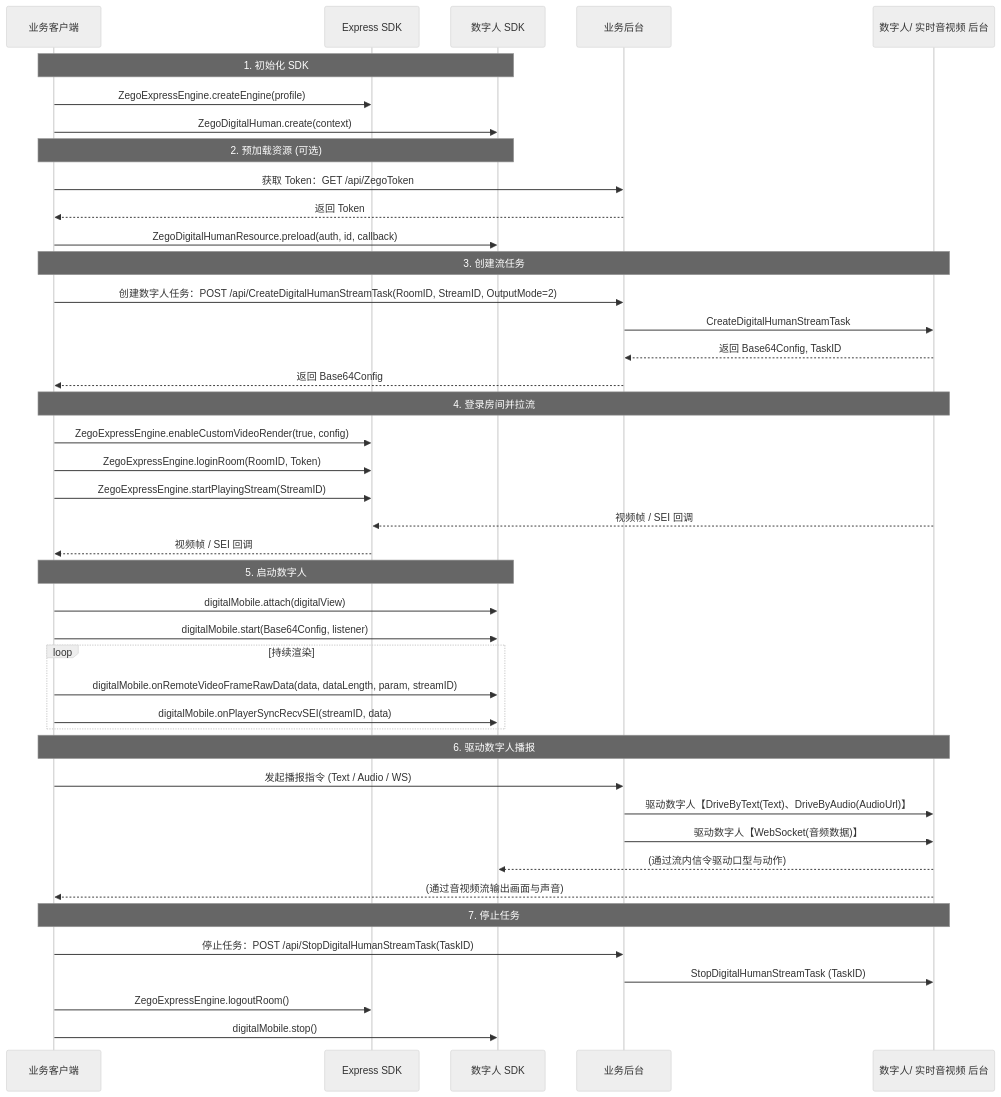
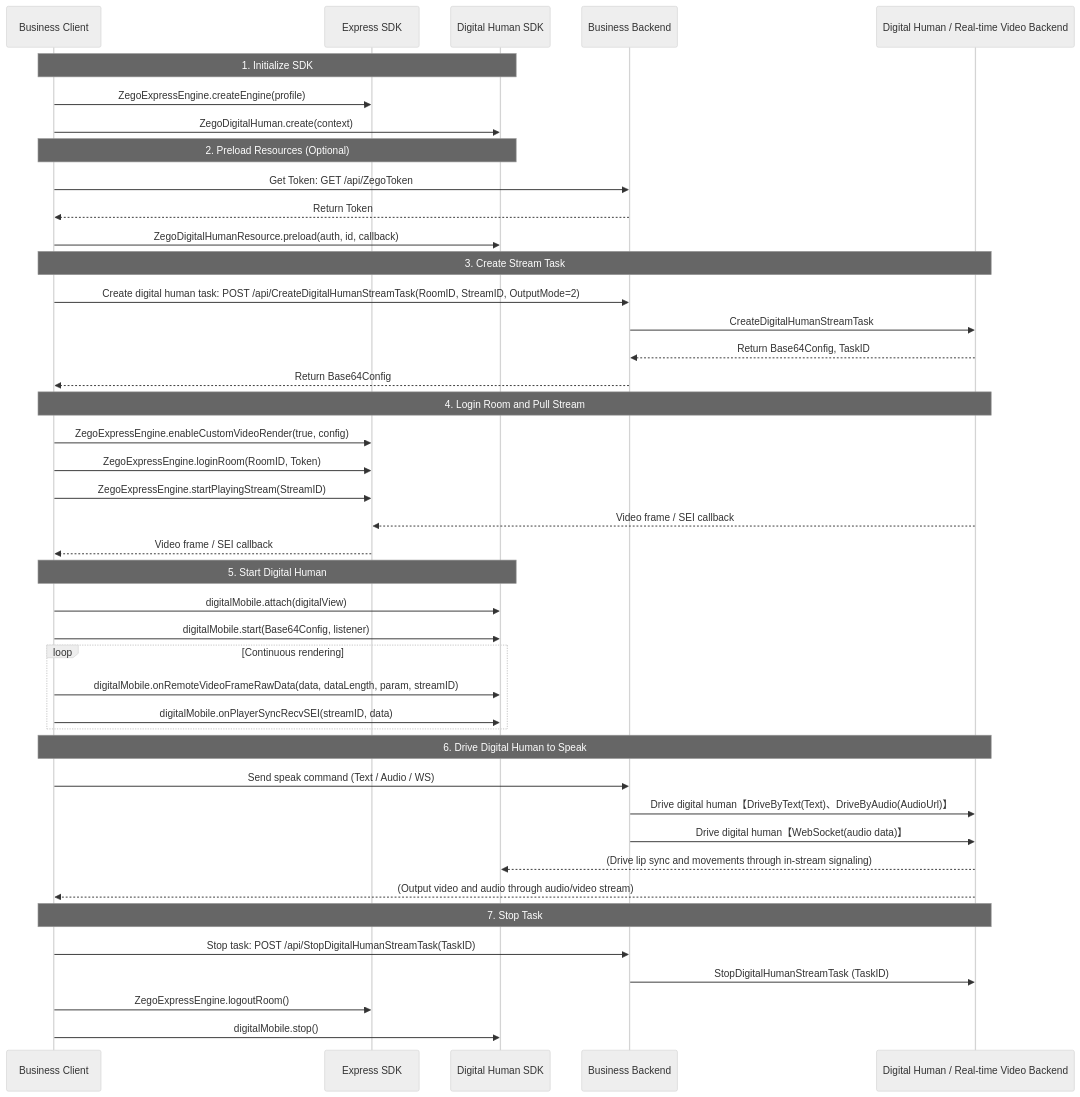
One commit to ZEGOCLOUD/docs_all changed the first of 3 diagrams in core_products/digital-human/en/android/quick-start.mdx. Above: the diagram before and after it, drawn with Mermaid (neutral theme). The commit also changed other lines of this file and 65 other files, not shown here.

First line of the commit message:
DigitalHuman: Translate Chinese docs to English

````diff
--- a/core_products/digital-human/en/android/quick-start.mdx
+++ b/core_products/digital-human/en/android/quick-start.mdx
@@ -89,51 +89,51 @@
 ```mermaid
 sequenceDiagram
-    participant Client as 业务客户端
+    participant Client as Business Client
     participant Express as Express SDK
-    participant DH_SDK as 数字人 SDK
-    participant Server as 业务后台
-    participant PaaS as 数字人/ 实时音视频 后台
+    participant DH_SDK as Digital Human SDK
+    participant Server as Business Backend
+    participant PaaS as Digital Human / Real-time Video Backend
 
-    Note over Client, DH_SDK: 1. 初始化 SDK
+    Note over Client, DH_SDK: 1. Initialize SDK
     Client->>Express: ZegoExpressEngine.createEngine(profile)
     Client->>DH_SDK: ZegoDigitalHuman.create(context)
 
-    Note over Client, DH_SDK: 2. 预加载资源 (可选)
-    Client->>Server: 获取 Token：GET /api/ZegoToken
-    Server-->>Client: 返回 Token
+    Note over Client, DH_SDK: 2. Preload Resources (Optional)
+    Client->>Server: Get Token: GET /api/ZegoToken
+    Server-->>Client: Return Token
     Client->>DH_SDK: ZegoDigitalHumanResource.preload(auth, id, callback)
 
-    Note over Client, PaaS: 3. 创建流任务
-    Client->>Server: 创建数字人任务：POST /api/CreateDigitalHumanStreamTask(RoomID, StreamID, OutputMode=2)
+    Note over Client, PaaS: 3. Create Stream Task
+    Client->>Server: Create digital human task: POST /api/CreateDigitalHumanStreamTask(RoomID, StreamID, OutputMode=2)
     Server->>PaaS: CreateDigitalHumanStreamTask
-    PaaS-->>Server: 返回 Base64Config, TaskID
-    Server-->>Client: 返回 Base64Config
+    PaaS-->>Server: Return Base64Config, TaskID
+    Server-->>Client: Return Base64Config
 
-    Note over Client, PaaS: 4. 登录房间并拉流
+    Note over Client, PaaS: 4. Login Room and Pull Stream
     Client->>Express: ZegoExpressEngine.enableCustomVideoRender(true, config)
     Client->>Express: ZegoExpressEngine.loginRoom(RoomID, Token)
     Client->>Express: ZegoExpressEngine.startPlayingStream(StreamID)
-    PaaS-->>Express: 视频帧 / SEI 回调
-    Express-->>Client: 视频帧 / SEI 回调
+    PaaS-->>Express: Video frame / SEI callback
+    Express-->>Client: Video frame / SEI callback
 
-    Note over Client, DH_SDK: 5. 启动数字人
+    Note over Client, DH_SDK: 5. Start Digital Human
     Client->>DH_SDK: digitalMobile.attach(digitalView)
     Client->>DH_SDK: digitalMobile.start(Base64Config, listener)
-    loop 持续渲染
+    loop Continuous rendering
         Client->>DH_SDK: digitalMobile.onRemoteVideoFrameRawData(data, dataLength, param, streamID)
         Client->>DH_SDK: digitalMobile.onPlayerSyncRecvSEI(streamID, data)
     end
 
-    Note over Client, PaaS: 6. 驱动数字人播报
-    Client->>Server: 发起播报指令 (Text / Audio / WS)
-    Server->>PaaS: 驱动数字人【DriveByText(Text)、DriveByAudio(AudioUrl)】
-    Server->>PaaS: 驱动数字人【WebSocket(音频数据)】
-    PaaS-->>DH_SDK: (通过流内信令驱动口型与动作)
-    PaaS-->>Client: (通过音视频流输出画面与声音)
+    Note over Client, PaaS: 6. Drive Digital Human to Speak
+    Client->>Server: Send speak command (Text / Audio / WS)
+    Server->>PaaS: Drive digital human【DriveByText(Text)、DriveByAudio(AudioUrl)】
+    Server->>PaaS: Drive digital human【WebSocket(audio data)】
+    PaaS-->>DH_SDK: (Drive lip sync and movements through in-stream signaling)
+    PaaS-->>Client: (Output video and audio through audio/video stream)
 
-    Note over Client, PaaS: 7. 停止任务
-    Client->>Server: 停止任务：POST /api/StopDigitalHumanStreamTask(TaskID)
+    Note over Client, PaaS: 7. Stop Task
+    Client->>Server: Stop task: POST /api/StopDigitalHumanStreamTask(TaskID)
     Server->>PaaS: StopDigitalHumanStreamTask (TaskID)
     Client->>Express: ZegoExpressEngine.logoutRoom()
     Client->>DH_SDK: digitalMobile.stop()
 ```
````
